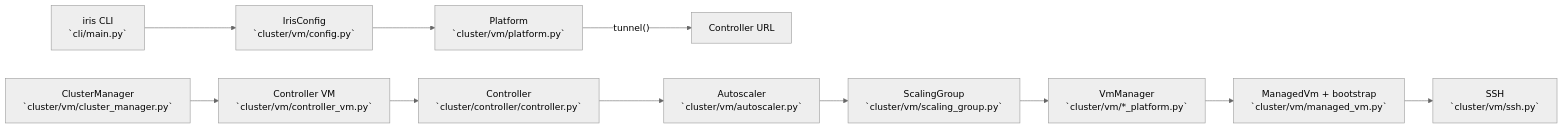
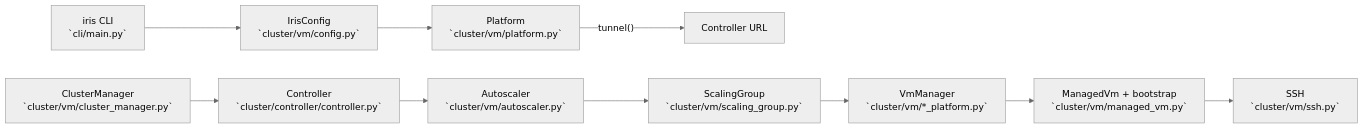
One commit to marin-community/marin changed the first of 2 diagrams in lib/iris/docs/vm-refactor.md. Above: the diagram before and after it, drawn with Mermaid (neutral theme). The commit also changed other lines of this file and 6 other files, not shown here.

Commit message:
Make ClusterManager own controller lifecycle

````diff
--- a/lib/iris/docs/vm-refactor.md
+++ b/lib/iris/docs/vm-refactor.md
@@ -22,15 +22,14 @@
 ```mermaid
 flowchart LR
   CLI["iris CLI\n`cli/main.py`"] --> IrisConfig["IrisConfig\n`cluster/vm/config.py`"]
   IrisConfig --> Platform["Platform\n`cluster/vm/platform.py`"]
   Platform -->|"tunnel()"| Tunnel["Controller URL"]
 
   Controller["Controller\n`cluster/controller/controller.py`"] --> Autoscaler["Autoscaler\n`cluster/vm/autoscaler.py`"]
   Autoscaler --> ScalingGroup["ScalingGroup\n`cluster/vm/scaling_group.py`"]
   ScalingGroup --> VmManager["VmManager\n`cluster/vm/*_platform.py`"]
   VmManager --> ManagedVm["ManagedVm + bootstrap\n`cluster/vm/managed_vm.py`"]
   ManagedVm --> SSH["SSH\n`cluster/vm/ssh.py`"]
 
-  ClusterManager["ClusterManager\n`cluster/vm/cluster_manager.py`"] --> ControllerVm["Controller VM\n`cluster/vm/controller_vm.py`"]
-  ControllerVm --> Controller
+  ClusterManager["ClusterManager\n`cluster/vm/cluster_manager.py`"] --> Controller
 ```
````
